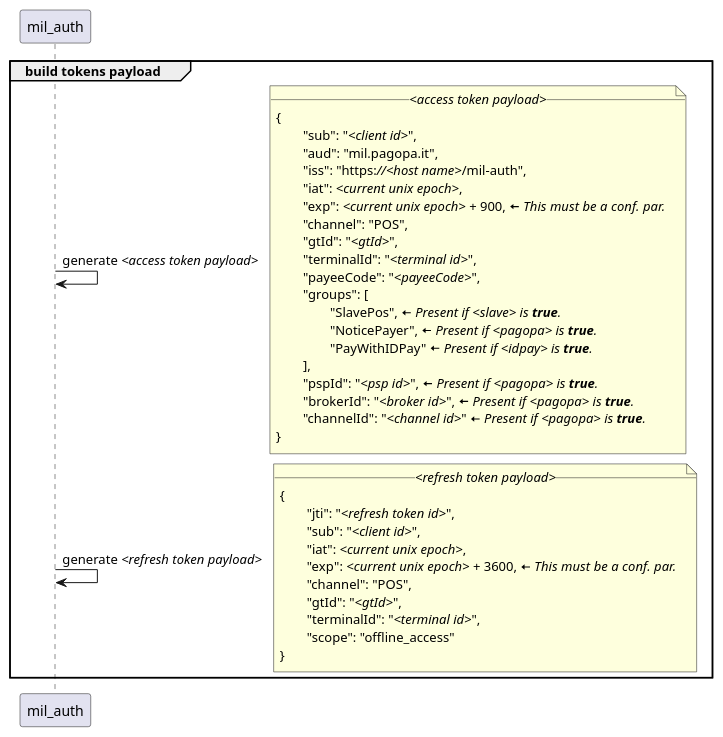
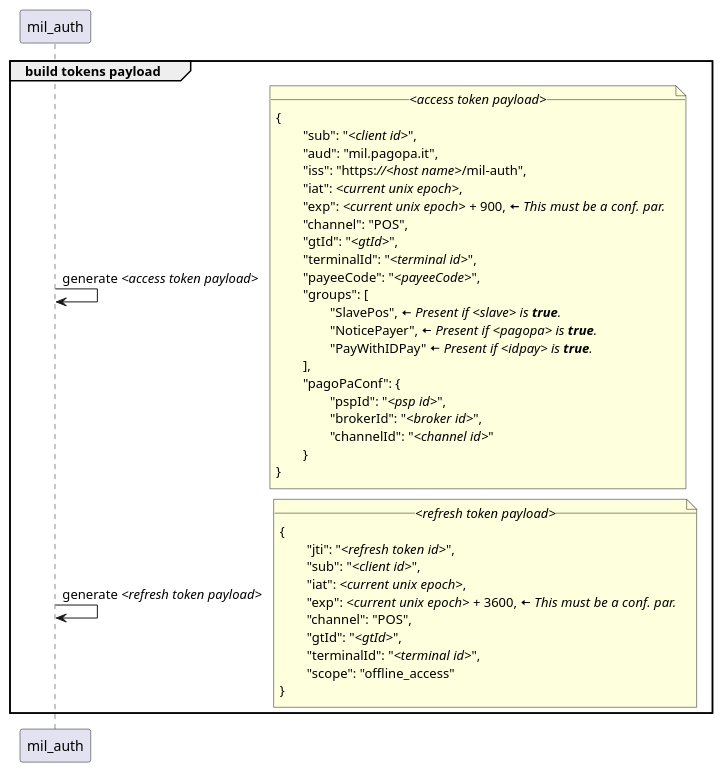
Before and after one commit to pagopa/mil-diags: the diagram in sequence_diags/pagoPA/pos_management/build_tokens_payload.puml, drawn with PlantUML. The commit also changed 19 other files, not shown here.

```diff
--- a/sequence_diags/pagoPA/pos_management/build_tokens_payload.puml
+++ b/sequence_diags/pagoPA/pos_management/build_tokens_payload.puml
@@ -1,40 +1,42 @@
 group build tokens payload
 	mil_auth -> mil_auth : generate //<access token payload>//
 		note right
 			__//<access token payload>//__
 			{
 				"sub": "//<client id>//",
 				"aud": "mil.pagopa.it",
 				"iss": "https:////<host name>///mil-auth",
 				"iat": //<current unix epoch>//,
 				"exp": //<current unix epoch>// + 900, <&arrow-left> //This must be a conf. par.//
 				"channel": "POS",
 				"gtId": "//<gtId>//",
 				"terminalId": "//<terminal id>//",
 				"payeeCode": "//<payeeCode>//",
 				"groups": [
 					"SlavePos", <&arrow-left> //Present if <slave> is **true**.//
 					"NoticePayer", <&arrow-left> //Present if <pagopa> is **true**.//
 					"PayWithIDPay" <&arrow-left> //Present if <idpay> is **true**.//
 				],
-				"pspId": "//<psp id>//", <&arrow-left> //Present if <pagopa> is **true**.//
-				"brokerId": "//<broker id>//", <&arrow-left> //Present if <pagopa> is **true**.//
-				"channelId": "//<channel id>//" <&arrow-left> //Present if <pagopa> is **true**.//
+				"pagoPaConf": {
+					"pspId": "//<psp id>//",
+					"brokerId": "//<broker id>//",
+					"channelId": "//<channel id>//"
+				}
 			}
 		end note
 
 	mil_auth -> mil_auth : generate //<refresh token payload>//
 		note right
 			__//<refresh token payload>//__
 			{
 				"jti": "//<refresh token id>//",
 				"sub": "//<client id>//",
 				"iat": //<current unix epoch>//,
 				"exp": //<current unix epoch>// + 3600, <&arrow-left> //This must be a conf. par.//
 				"channel": "POS",
 				"gtId": "//<gtId>//",
 				"terminalId": "//<terminal id>//",
 				"scope": "offline_access"
 			}
 		end note
 end
```
